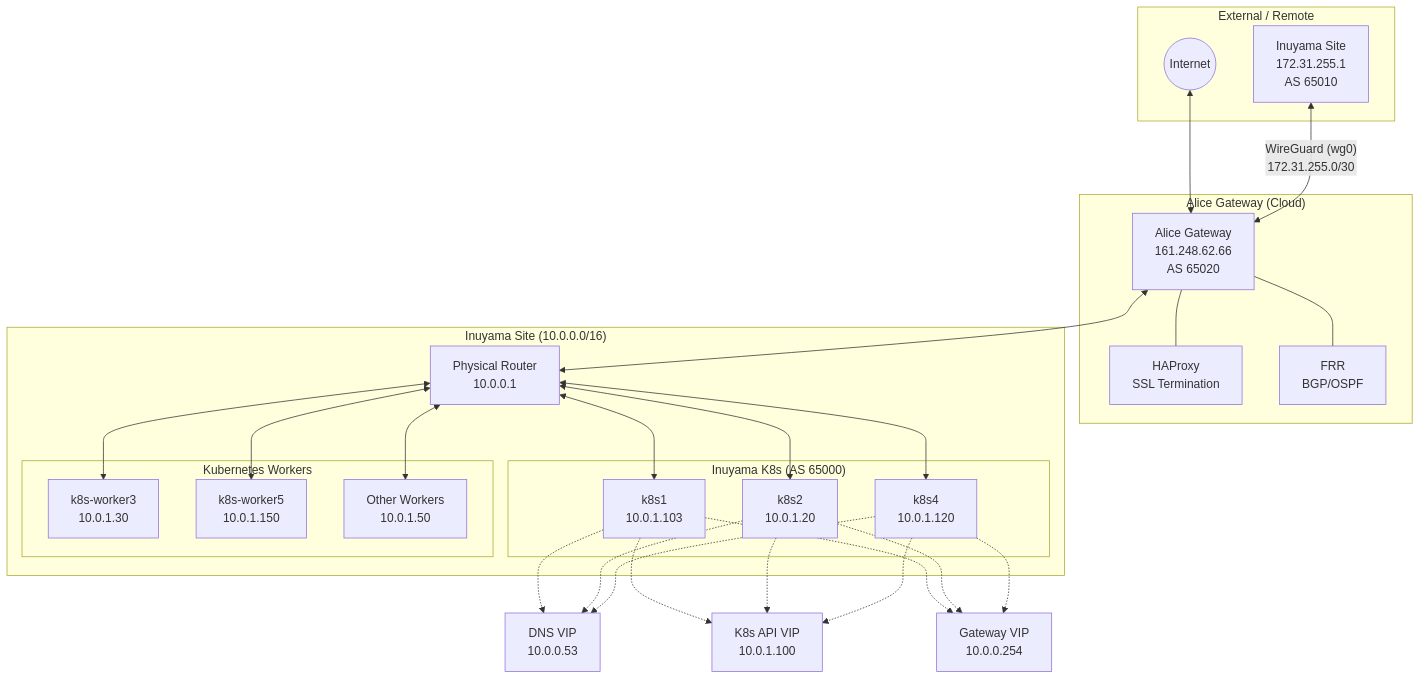
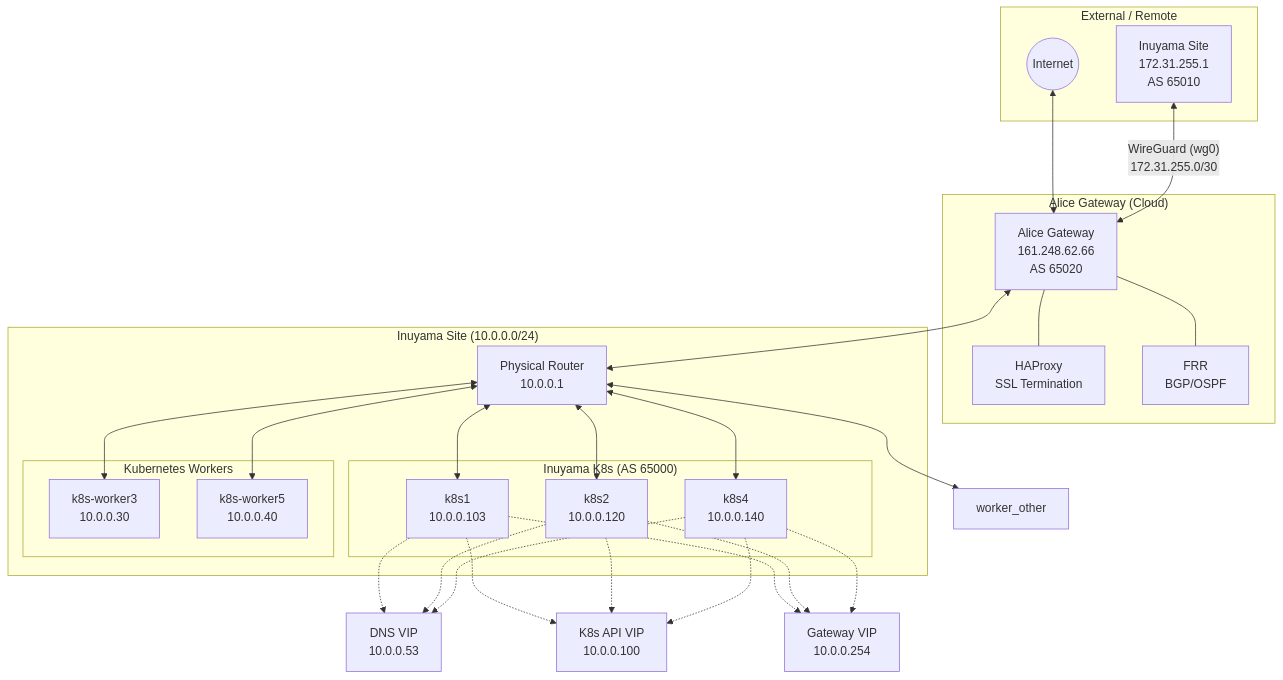
The first of 2 diagrams in docs/network.md (kigawa-net/infra), drawn with Mermaid before and after one commit. The commit also changed other lines of this file and 18 other files, not shown here.

````diff
--- a/docs/network.md
+++ b/docs/network.md
@@ -70,55 +70,54 @@
 ```mermaid
 graph TB
     subgraph "External / Remote"
         Inuyama[Inuyama Site<br/>172.31.255.1<br/>AS 65010]
         Internet((Internet))
     end
 
     subgraph "Alice Gateway (Cloud)"
         Alice[Alice Gateway<br/>161.248.62.66<br/>AS 65020]
         HAProxy[HAProxy<br/>SSL Termination]
         FRR[FRR<br/>BGP/OSPF]
         Alice --- HAProxy
         Alice --- FRR
     end
 
-    subgraph "Inuyama Site (10.0.0.0/16)"
+    subgraph "Inuyama Site (10.0.0.0/24)"
         subgraph "Inuyama K8s (AS 65000)"
-            k8s1[k8s1<br/>10.0.1.103]
-            k8s2[k8s2<br/>10.0.1.20]
-            k8s4[k8s4<br/>10.0.1.120]
+            k8s1[k8s1<br/>10.0.0.103]
+            k8s2[k8s2<br/>10.0.0.120]
+            k8s4[k8s4<br/>10.0.0.140]
         end
 
         subgraph "Kubernetes Workers"
-            worker3[k8s-worker3<br/>10.0.1.30]
-            worker5[k8s-worker5<br/>10.0.1.150]
-            worker_other[Other Workers<br/>10.0.1.50]
+            worker3[k8s-worker3<br/>10.0.0.30]
+            worker5[k8s-worker5<br/>10.0.0.40]
         end
 
         Router[Physical Router<br/>10.0.0.1]
     end
 
     %% Connections
     Internet <--> Alice
     Inuyama <-- "WireGuard (wg0)<br/>172.31.255.0/30" --> Alice
     Alice <--> Router
     Router <--> k8s1
     Router <--> k8s2
     Router <--> k8s4
     Router <--> worker3
     Router <--> worker5
     Router <--> worker_other
 
     %% VIPs
     k8s1 -.-> VIP_DNS[DNS VIP<br/>10.0.0.53]
     k8s2 -.-> VIP_DNS
     k8s4 -.-> VIP_DNS
 
-    k8s1 -.-> VIP_K8S[K8s API VIP<br/>10.0.1.100]
+    k8s1 -.-> VIP_K8S[K8s API VIP<br/>10.0.0.100]
     k8s2 -.-> VIP_K8S
     k8s4 -.-> VIP_K8S
 
     k8s1 -.-> VIP_GW[Gateway VIP<br/>10.0.0.254]
     k8s2 -.-> VIP_GW
     k8s4 -.-> VIP_GW
 ```
````
